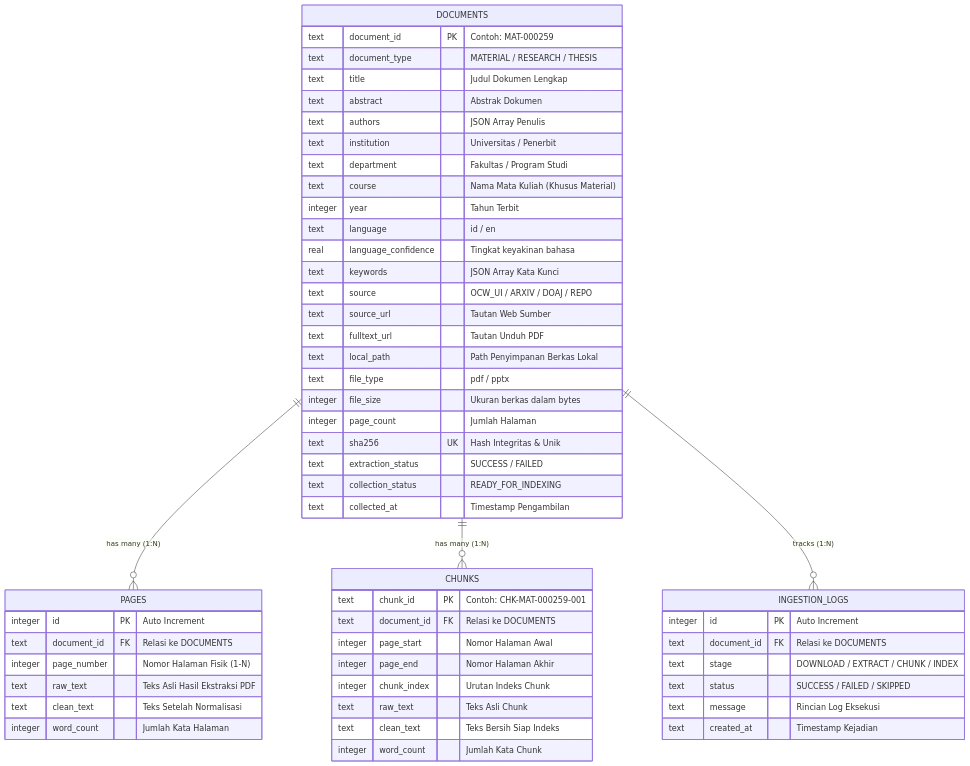
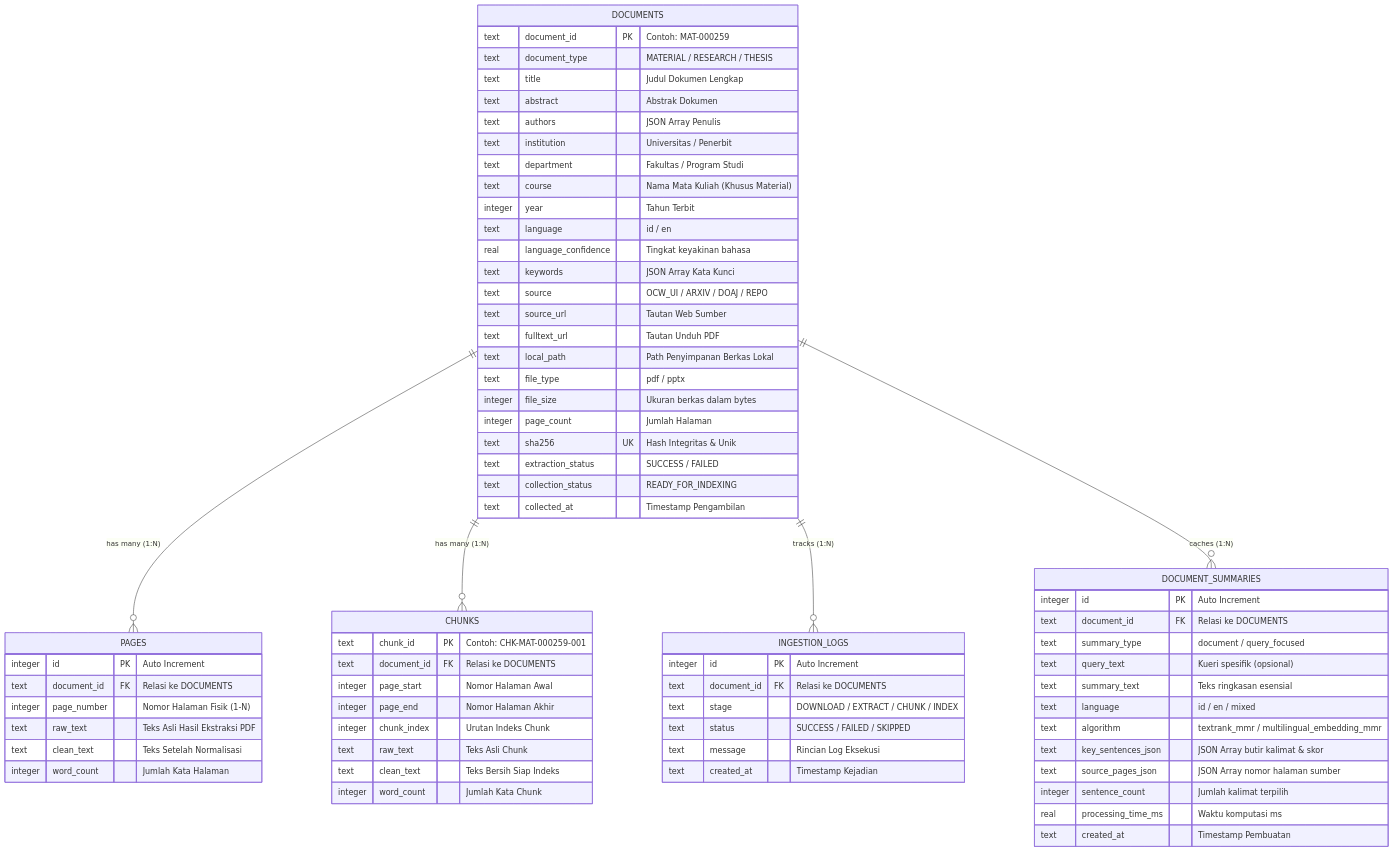
One commit to pramacoder/TemuKembaliInformasi changed the fourth of 6 diagrams in LAPORAN_PROJECT_TAHAP_1.md. Above: the diagram before and after it, drawn with Mermaid. The commit also changed other lines of this file, not shown here.

Commit message:
docs: Add Text Summarization chapter (BAB IV) to LAPORAN_PROJECT_TAHAP_1.md

````diff
--- a/LAPORAN_PROJECT_TAHAP_1.md
+++ b/LAPORAN_PROJECT_TAHAP_1.md
@@ -385,61 +408,77 @@
 ```mermaid
 erDiagram
     DOCUMENTS ||--o{ PAGES : "has many (1:N)"
     DOCUMENTS ||--o{ CHUNKS : "has many (1:N)"
     DOCUMENTS ||--o{ INGESTION_LOGS : "tracks (1:N)"
+    DOCUMENTS ||--o{ DOCUMENT_SUMMARIES : "caches (1:N)"
 
     DOCUMENTS {
         text document_id PK "Contoh: MAT-000259"
         text document_type "MATERIAL / RESEARCH / THESIS"
         text title "Judul Dokumen Lengkap"
         text abstract "Abstrak Dokumen"
         text authors "JSON Array Penulis"
         text institution "Universitas / Penerbit"
         text department "Fakultas / Program Studi"
         text course "Nama Mata Kuliah (Khusus Material)"
         integer year "Tahun Terbit"
         text language "id / en"
         real language_confidence "Tingkat keyakinan bahasa"
         text keywords "JSON Array Kata Kunci"
         text source "OCW_UI / ARXIV / DOAJ / REPO"
         text source_url "Tautan Web Sumber"
         text fulltext_url "Tautan Unduh PDF"
         text local_path "Path Penyimpanan Berkas Lokal"
         text file_type "pdf / pptx"
         integer file_size "Ukuran berkas dalam bytes"
         integer page_count "Jumlah Halaman"
         text sha256 UK "Hash Integritas & Unik"
         text extraction_status "SUCCESS / FAILED"
         text collection_status "READY_FOR_INDEXING"
         text collected_at "Timestamp Pengambilan"
     }
 
     PAGES {
         integer id PK "Auto Increment"
         text document_id FK "Relasi ke DOCUMENTS"
         integer page_number "Nomor Halaman Fisik (1-N)"
         text raw_text "Teks Asli Hasil Ekstraksi PDF"
         text clean_text "Teks Setelah Normalisasi"
         integer word_count "Jumlah Kata Halaman"
     }
 
     CHUNKS {
         text chunk_id PK "Contoh: CHK-MAT-000259-001"
         text document_id FK "Relasi ke DOCUMENTS"
         integer page_start "Nomor Halaman Awal"
         integer page_end "Nomor Halaman Akhir"
         integer chunk_index "Urutan Indeks Chunk"
         text raw_text "Teks Asli Chunk"
         text clean_text "Teks Bersih Siap Indeks"
         integer word_count "Jumlah Kata Chunk"
     }
 
     INGESTION_LOGS {
         integer id PK "Auto Increment"
         text document_id FK "Relasi ke DOCUMENTS"
         text stage "DOWNLOAD / EXTRACT / CHUNK / INDEX"
         text status "SUCCESS / FAILED / SKIPPED"
         text message "Rincian Log Eksekusi"
         text created_at "Timestamp Kejadian"
     }
+
+    DOCUMENT_SUMMARIES {
+        integer id PK "Auto Increment"
+        text document_id FK "Relasi ke DOCUMENTS"
+        text summary_type "document / query_focused"
+        text query_text "Kueri spesifik (opsional)"
+        text summary_text "Teks ringkasan esensial"
+        text language "id / en / mixed"
+        text algorithm "textrank_mmr / multilingual_embedding_mmr"
+        text key_sentences_json "JSON Array butir kalimat & skor"
+        text source_pages_json "JSON Array nomor halaman sumber"
+        integer sentence_count "Jumlah kalimat terpilih"
+        real processing_time_ms "Waktu komputasi ms"
+        text created_at "Timestamp Pembuatan"
+    }
 ```
````
